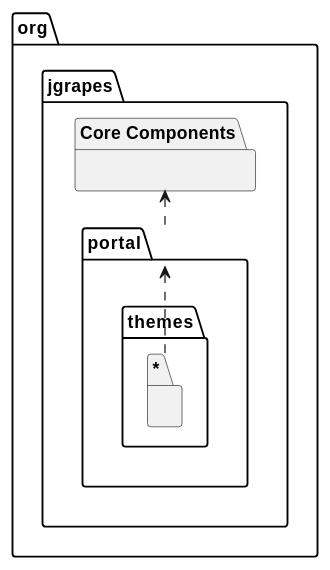
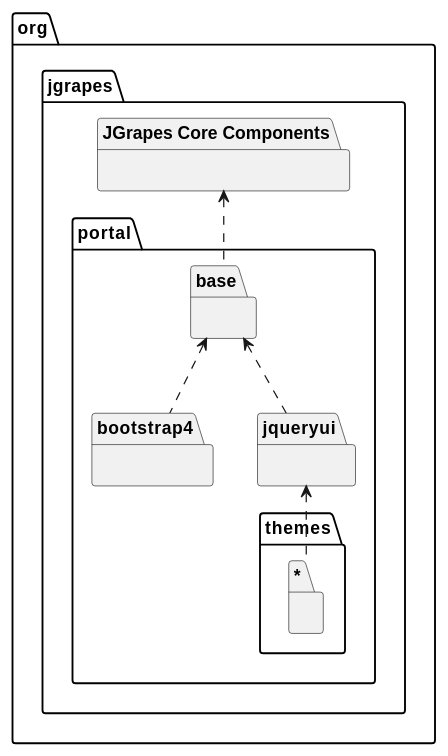
Before and after one commit to mnlipp/jgrapes-webconsole: the diagram in overview.md, drawn with PlantUML.

Commit message:
Updated diagram.

```diff
--- a/overview.md
+++ b/overview.md
@@ -16,18 +16,26 @@
 @startuml package-hierarchy.svg
 skinparam svgLinkTarget _parent
 
 package org.jgrapes {
-    package "Core Components" {
+    package "JGrapes Core Components" {
     }
 
-    package org.jgrapes.portal [[org/jgrapes/portal/package-summary.html#package.description]] {
+    package org.jgrapes.portal.base [[org/jgrapes/portal/base/package-summary.html#package.description]] {
+    }
+
+    package org.jgrapes.portal.bootstrap4 [[org/jgrapes/portal/bootstrap4/package-summary.html#package.description]] {
+    }
+
+    package org.jgrapes.portal.jqueryui [[org/jgrapes/portal/jqueryui/package-summary.html#package.description]] {
     }
 
     package "org.jgrapes.portal.themes.*" {
     }
 }
 
-"Core Components" <.. org.jgrapes.portal
-org.jgrapes.portal <.. "org.jgrapes.portal.themes.*"
+"JGrapes Core Components" <.. org.jgrapes.portal.base
+org.jgrapes.portal.base <.. "org.jgrapes.portal.jqueryui"
+org.jgrapes.portal.jqueryui <.. "org.jgrapes.portal.themes.*"
+org.jgrapes.portal.base <.. "org.jgrapes.portal.bootstrap4"
 
 @enduml
```
